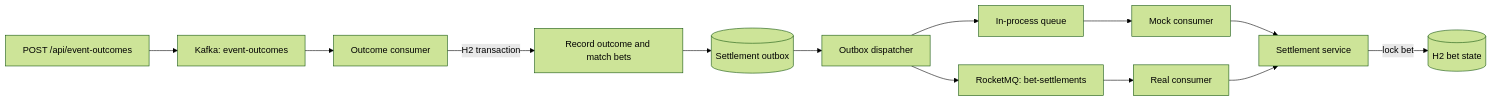
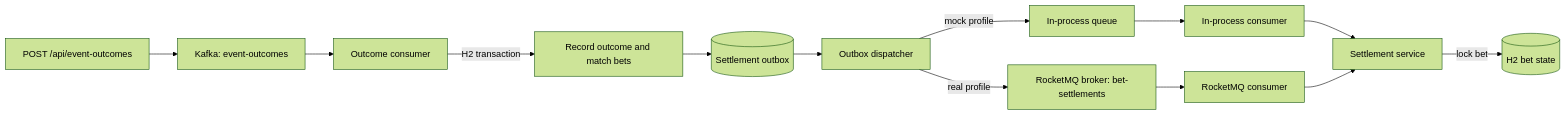
The diagram in README.md (grigorecretu88/sporty-betting-settlement), drawn with Mermaid (forest theme) before and after one commit. The commit also changed other lines of this file, not shown here.

Commit message:
docs: clarify verification and profiles

````diff
--- a/README.md
+++ b/README.md
@@ -94,15 +94,15 @@
 ```mermaid
 flowchart LR
     API[POST /api/event-outcomes] --> Kafka[Kafka: event-outcomes]
     Kafka --> Listener[Outcome consumer]
     Listener -->|H2 transaction| Match[Record outcome and match bets]
     Match --> Outbox[(Settlement outbox)]
     Outbox --> Dispatcher[Outbox dispatcher]
-    Dispatcher --> Mock[In-process queue]
-    Dispatcher --> Rocket[RocketMQ: bet-settlements]
-    Mock --> MockConsumer[Mock consumer]
-    Rocket --> RealConsumer[Real consumer]
+    Dispatcher -->|mock profile| Mock[In-process queue]
+    Dispatcher -->|real profile| Rocket[RocketMQ broker: bet-settlements]
+    Mock --> MockConsumer[In-process consumer]
+    Rocket --> RealConsumer[RocketMQ consumer]
     MockConsumer --> Settlement[Settlement service]
     RealConsumer --> Settlement
     Settlement -->|lock bet| Bets[(H2 bet state)]
 ```
````
